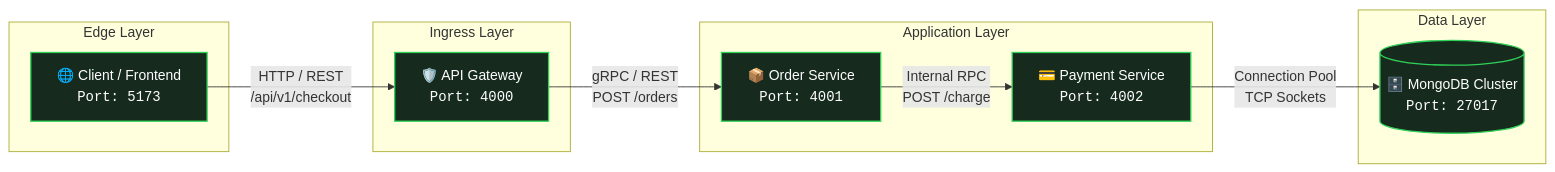
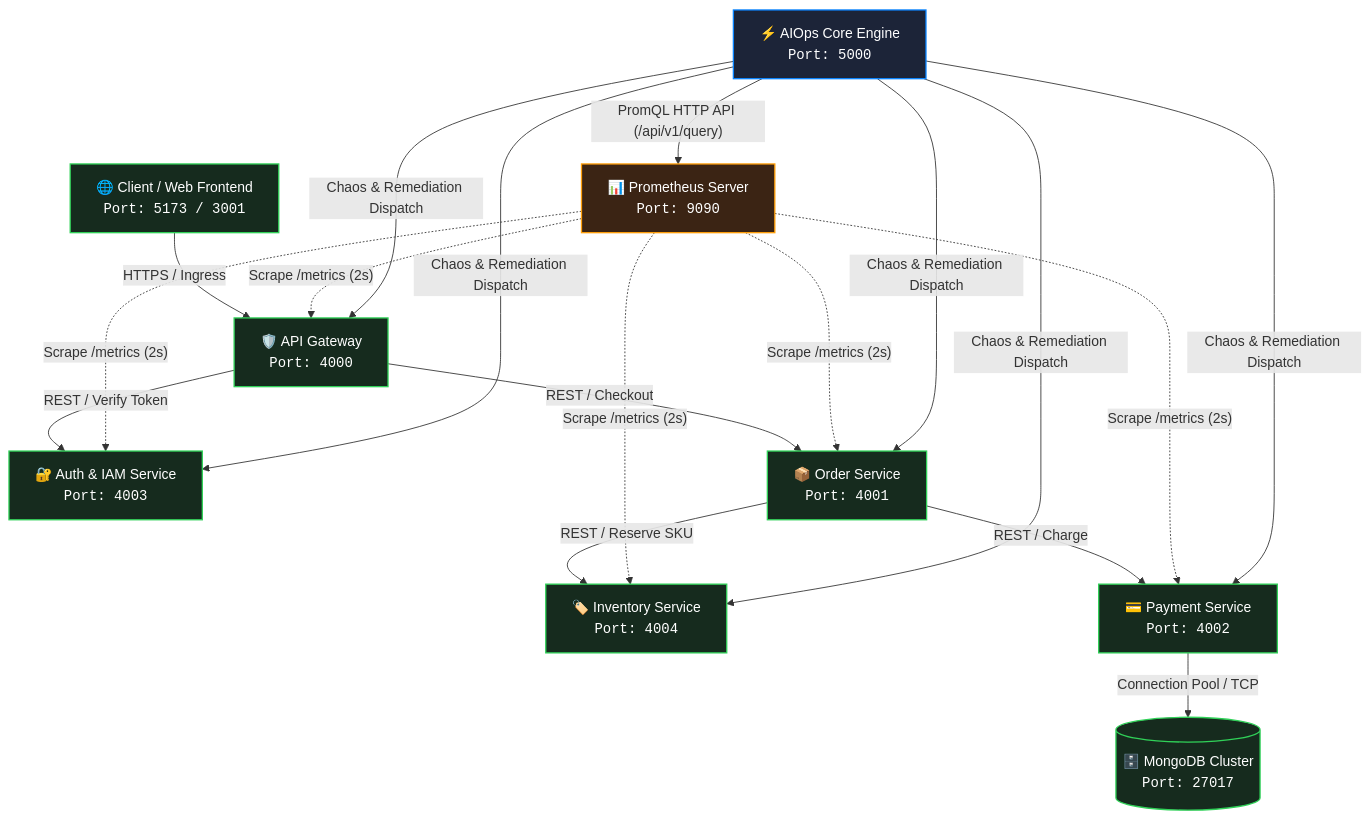
One commit to mayurZope06/Intelligent-AIOps changed the first of 2 diagrams in README.md. Above: the diagram before and after it, drawn with Mermaid. The commit also changed other lines of this file and 2 other files, not shown here.

Commit message:
docs: update README with microservices architecture, Prometheus telemetry engine, and project authors

````diff
--- a/README.md
+++ b/README.md
@@ -46,30 +55,42 @@
 ```mermaid
-graph LR
-    subgraph Edge Layer
-        Client["🌐 Client / Frontend<br/><code>Port: 5173</code>"]
-    end
+graph TD
+    Client["🌐 Client / Web Frontend<br/><code>Port: 5173 / 3001</code>"]
+    GW["🛡️ API Gateway<br/><code>Port: 4000</code>"]
+    Auth["🔐 Auth & IAM Service<br/><code>Port: 4003</code>"]
+    Order["📦 Order Service<br/><code>Port: 4001</code>"]
+    Inv["🏷️ Inventory Service<br/><code>Port: 4004</code>"]
+    Payment["💳 Payment Service<br/><code>Port: 4002</code>"]
+    DB[("🗄️ MongoDB Cluster<br/><code>Port: 27017</code>")]
+    Prom["📊 Prometheus Server<br/><code>Port: 9090</code>"]
+    Backend["⚡ AIOps Core Engine<br/><code>Port: 5000</code>"]
 
-    subgraph Ingress Layer
-        GW["🛡️ API Gateway<br/><code>Port: 4000</code>"]
-    end
+    Client -->|"HTTPS / Ingress"| GW
+    GW -->|"REST / Verify Token"| Auth
+    GW -->|"REST / Checkout"| Order
+    Order -->|"REST / Reserve SKU"| Inv
+    Order -->|"REST / Charge"| Payment
+    Payment -->|"Connection Pool / TCP"| DB
 
-    subgraph Application Layer
-        Order["📦 Order Service<br/><code>Port: 4001</code>"]
-        Payment["💳 Payment Service<br/><code>Port: 4002</code>"]
-    end
+    %% Prometheus Scrapes
+    Prom -.->|"Scrape /metrics (2s)"| GW
+    Prom -.->|"Scrape /metrics (2s)"| Auth
+    Prom -.->|"Scrape /metrics (2s)"| Order
+    Prom -.->|"Scrape /metrics (2s)"| Inv
+    Prom -.->|"Scrape /metrics (2s)"| Payment
 
-    subgraph Data Layer
-        DB[("🗄️ MongoDB Cluster<br/><code>Port: 27017</code>")]
-    end
-
-    Client -->|"HTTP / REST<br/>/api/v1/checkout"| GW
-    GW -->|"gRPC / REST<br/>POST /orders"| Order
-    Order -->|"Internal RPC<br/>POST /charge"| Payment
-    Payment -->|"Connection Pool<br/>TCP Sockets"| DB
+    %% AIOps Scrapes Prometheus
+    Backend -->|"PromQL HTTP API (/api/v1/query)"| Prom
+    Backend -->|"Chaos & Remediation Dispatch"| GW
+    Backend -->|"Chaos & Remediation Dispatch"| Auth
+    Backend -->|"Chaos & Remediation Dispatch"| Order
+    Backend -->|"Chaos & Remediation Dispatch"| Inv
+    Backend -->|"Chaos & Remediation Dispatch"| Payment
 
     classDef healthy fill:#162b1e,stroke:#30d158,stroke-width:1.5px,color:#fff;
-    classDef warning fill:#332617,stroke:#ff9f0a,stroke-width:1.5px,color:#fff;
-    classDef critical fill:#3b181a,stroke:#ff453a,stroke-width:1.5px,color:#fff;
-    
-    class Client,GW,Order,Payment,DB healthy;
+    classDef infra fill:#1c2438,stroke:#0a84ff,stroke-width:1.5px,color:#fff;
+    classDef prom fill:#3b2414,stroke:#ff9f0a,stroke-width:1.5px,color:#fff;
+
+    class Client,GW,Auth,Order,Inv,Payment,DB healthy;
+    class Backend infra;
+    class Prom prom;
 ```
````
